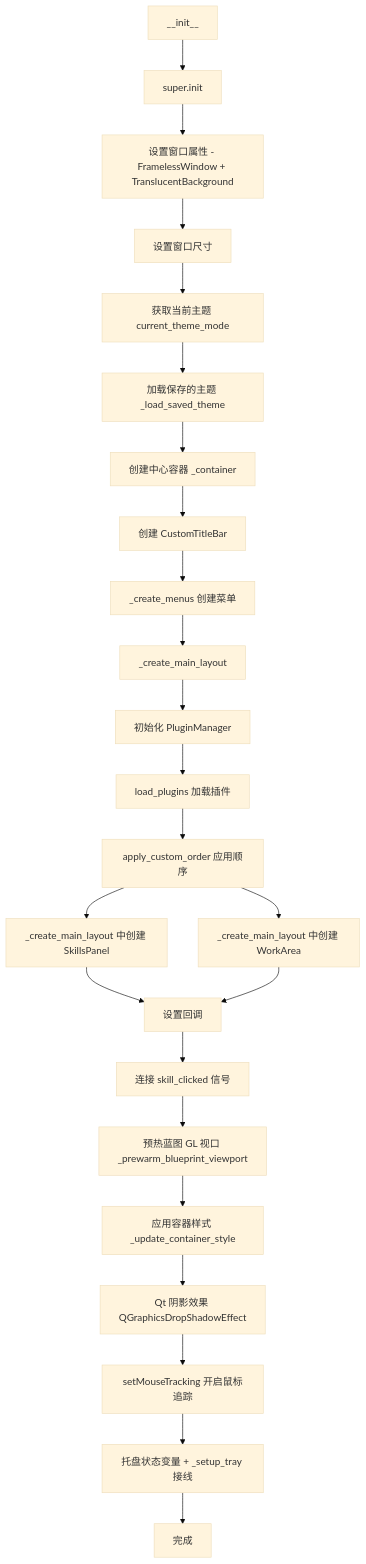
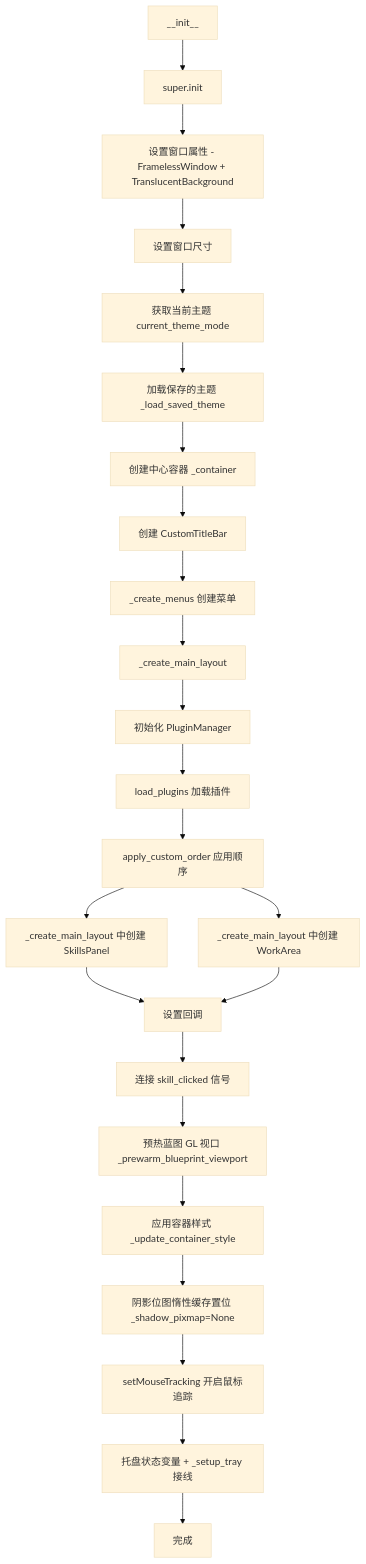
The third of 5 diagrams in docs/ui/main-window.md (KKPIP-Tech/InstructionX), drawn with Mermaid (base theme) before and after one commit. The commit also changed other lines of this file and 1 other file, not shown here.

Commit message:
fix(ui): 修复窗口化模式下蓝图 GL 视口呈现冻结导致的拖拽卡顿

````diff
--- a/docs/ui/main-window.md
+++ b/docs/ui/main-window.md
@@ -196,28 +196,28 @@
 ```mermaid
 flowchart TD
     A[__init__] --> B[super.init]
     B --> C[设置窗口属性 - FramelessWindow + TranslucentBackground]
     C --> D[设置窗口尺寸]
     D --> E[获取当前主题 current_theme_mode]
     E --> F[加载保存的主题 _load_saved_theme]
     F --> G[创建中心容器 _container]
     G --> H[创建 CustomTitleBar]
     H --> I[_create_menus 创建菜单]
     I --> J[_create_main_layout]
 
     J --> K[初始化 PluginManager]
     K --> L[load_plugins 加载插件]
     L --> M[apply_custom_order 应用顺序]
 
     M --> N[_create_main_layout 中创建 SkillsPanel]
     M --> O[_create_main_layout 中创建 WorkArea]
     N --> P[设置回调]
     O --> P
     P --> Q[连接 skill_clicked 信号]
     Q --> PW[预热蓝图 GL 视口 _prewarm_blueprint_viewport]
     PW --> R[应用容器样式 _update_container_style]
-    R --> R2[Qt 阴影效果 QGraphicsDropShadowEffect]
+    R --> R2[阴影位图惰性缓存置位 _shadow_pixmap=None]
     R2 --> R3[setMouseTracking 开启鼠标追踪]
     R3 --> R4[托盘状态变量 + _setup_tray 接线]
     R4 --> S[完成]
 ```
````
